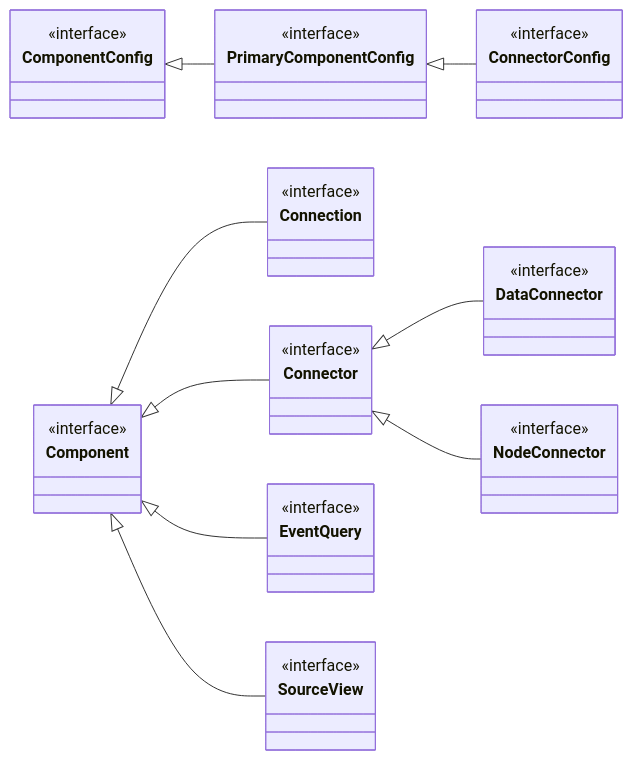
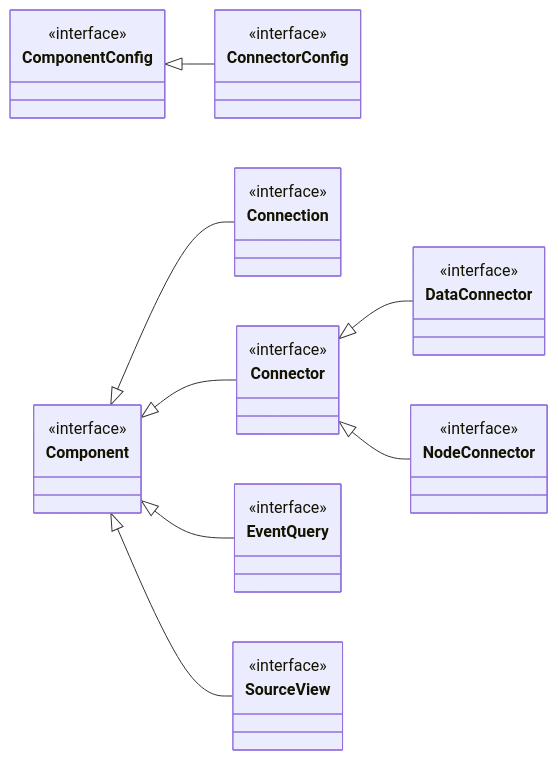
The first of 9 diagrams in README.md (data-positioning/datapos-shared), drawn with Mermaid before and after one commit. The commit also changed other lines of this file and 1 other file, not shown here.

Commit message:
Release v0.0.46

````diff
--- a/README.md
+++ b/README.md
@@ -5,56 +5,50 @@
 ```mermaid
 classDiagram
     direction LR
 
     class ComponentConfig {
         <<interface>>
     }
 
-    ComponentConfig <|-- PrimaryComponentConfig
-
-    class PrimaryComponentConfig {
-        <<interface>>
-    }
-
-    PrimaryComponentConfig <|-- ConnectorConfig
+    ComponentConfig <|-- ConnectorConfig
 
     class ConnectorConfig {
         <<interface>>
     }
 
     class Component {
         <<interface>>
     }
 
     Component <|-- Connection
     Component <|-- Connector
     Component <|-- EventQuery
     Component <|-- SourceView
 
     class Connection {
         <<interface>>
     }
 
     class Connector {
         <<interface>>
     }
 
     Connector <|-- DataConnector
     Connector <|-- NodeConnector
 
     class DataConnector {
         <<interface>>
     }
 
     class NodeConnector {
         <<interface>>
    }
 
     class EventQuery {
         <<interface>>
     }
 
     class SourceView {
         <<interface>>
     }
 ```
````
